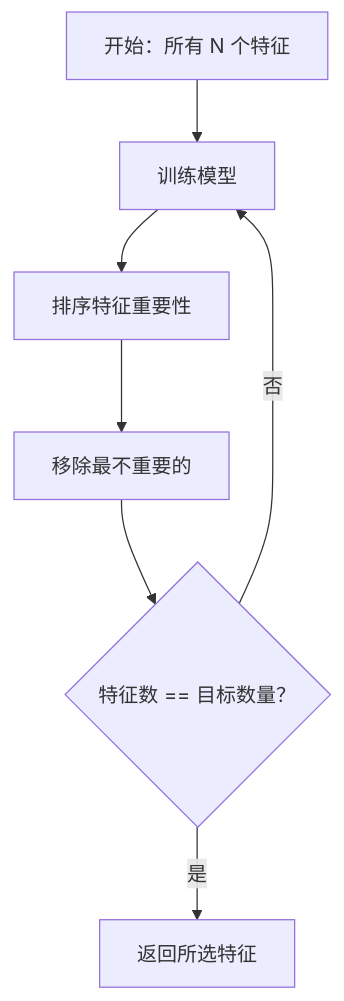
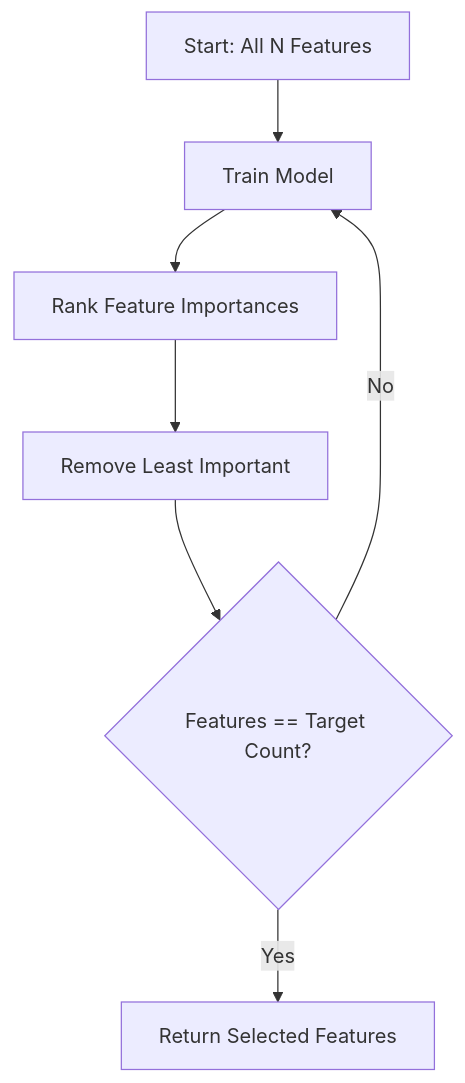
One commit to xiaojiaenen/ai-engineering-from-scratch-zh changed the third of 4 diagrams in i18n/zh/phases/02-ml-fundamentals/18-feature-selection/docs/zh.md. Above: the diagram before and after it, drawn with Mermaid. The commit also changed other lines of this file and 18 other files, not shown here.

````diff
--- a/i18n/zh/phases/02-ml-fundamentals/18-feature-selection/docs/zh.md
+++ b/i18n/zh/phases/02-ml-fundamentals/18-feature-selection/docs/zh.md
@@ -107,9 +107,9 @@
 ```mermaid
 flowchart TD
-    A["开始：所有 N 个特征"] --> B["训练模型"]
-    B --> C["排序特征重要性"]
-    C --> D["移除最不重要的"]
-    D --> E{"特征数 == 目标数量？"}
-    E -->|否| B
-    E -->|是| F["返回所选特征"]
+    A["Start: All N Features"] --> B["Train Model"]
+    B --> C["Rank Feature Importances"]
+    C --> D["Remove Least Important"]
+    D --> E{"Features == Target Count?"}
+    E -->|No| B
+    E -->|Yes| F["Return Selected Features"]
 ```
````
